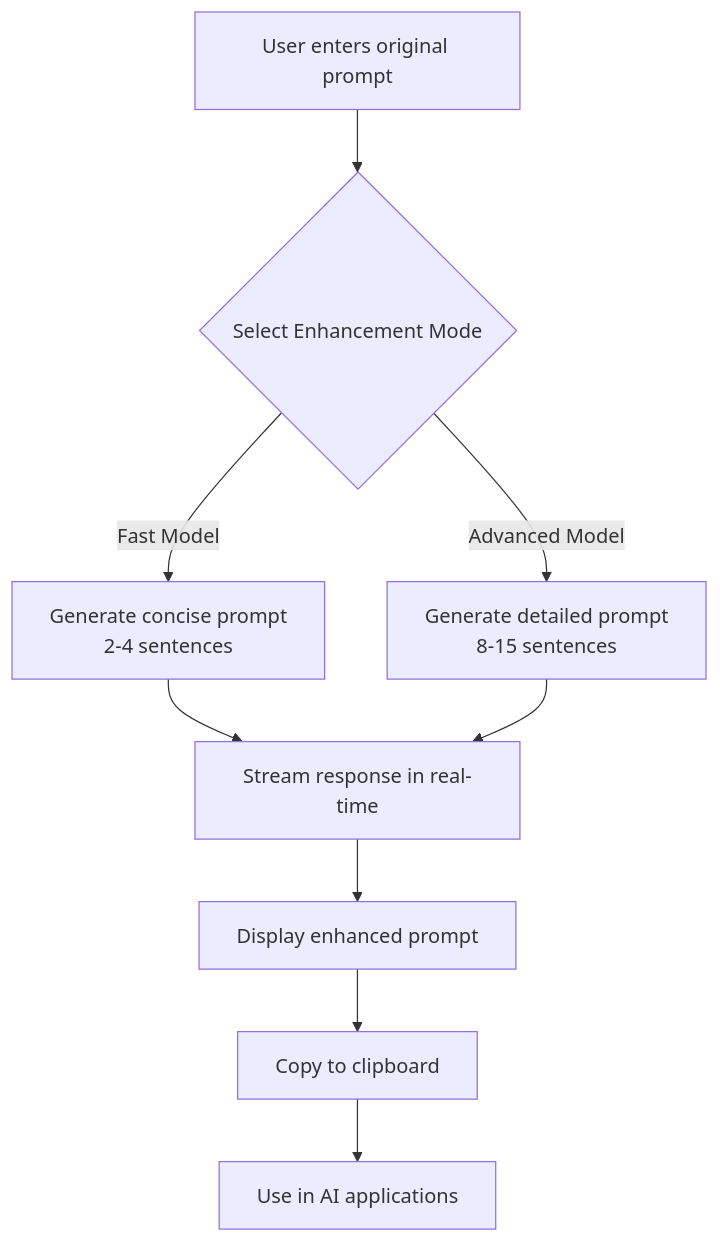
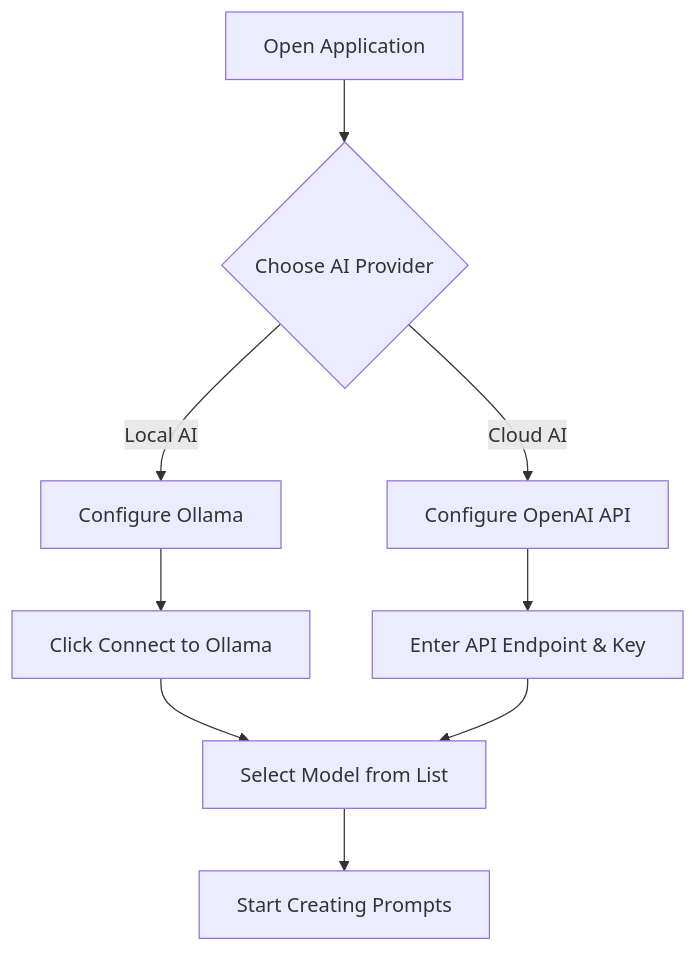
Before and after one commit to xsukax/xsukax-Ollama-AI-Prompt-Generator: the first of 3 diagrams in README.md, drawn with Mermaid. The commit also changed other lines of this file, not shown here.

````diff
--- a/README.md
+++ b/README.md
@@ -191,11 +123,11 @@
 ```mermaid
-flowchart TD
-    A[User enters original prompt] --> B{Select Enhancement Mode}
-    B -->|Fast Model| C[Generate concise prompt<br/>2-4 sentences]
-    B -->|Advanced Model| D[Generate detailed prompt<br/>8-15 sentences]
-    C --> E[Stream response in real-time]
-    D --> E
-    E --> F[Display enhanced prompt]
-    F --> G[Copy to clipboard]
-    G --> H[Use in AI applications]
+graph TD
+    A[Open Application] --> B{Choose AI Provider}
+    B -->|Local AI| C[Configure Ollama]
+    B -->|Cloud AI| D[Configure OpenAI API]
+    C --> E[Click Connect to Ollama]
+    D --> F[Enter API Endpoint & Key]
+    E --> G[Select Model from List]
+    F --> G
+    G --> H[Start Creating Prompts]
 ```
````
